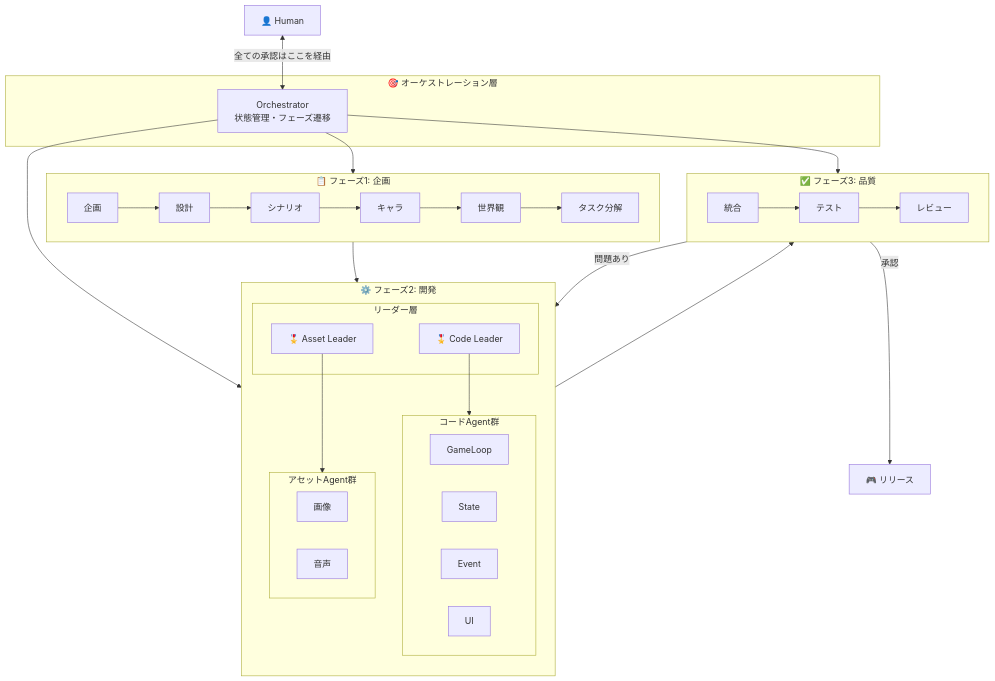
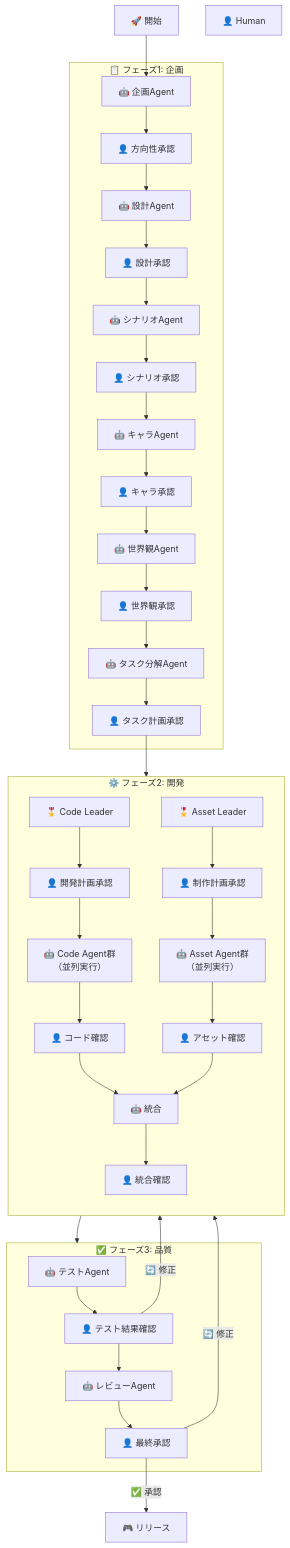
One commit to new-sankaku/toybox changed the first of 14 diagrams in langgraph/ARCHITECTURE.md. Above: the diagram before and after it, drawn with Mermaid. The commit also changed other lines of this file, not shown here.

Commit message:
Clarify Human intervention points in system overview
- Add detailed flowchart showing all 13 Human checkpoints
- Add Orchestrator position diagram explaining its role
- Add table listing all intervention points with what to confirm

````diff
--- a/langgraph/ARCHITECTURE.md
+++ b/langgraph/ARCHITECTURE.md
@@ -25,53 +27,57 @@
 ```mermaid
 flowchart TB
+    Start["🚀 開始"]
     Human["👤 Human"]
 
-    subgraph Orchestration["🎯 オーケストレーション層"]
-        Orch["Orchestrator<br/>状態管理・フェーズ遷移"]
+    Start --> P1
+
+    subgraph Phase1["📋 フェーズ1: 企画"]
+        P1["🤖 企画Agent"]
+        P1 --> H1["👤 方向性承認"]
+        H1 --> P2["🤖 設計Agent"]
+        P2 --> H2["👤 設計承認"]
+        H2 --> P3["🤖 シナリオAgent"]
+        P3 --> H3["👤 シナリオ承認"]
+        H3 --> P4["🤖 キャラAgent"]
+        P4 --> H4["👤 キャラ承認"]
+        H4 --> P5["🤖 世界観Agent"]
+        P5 --> H5["👤 世界観承認"]
+        H5 --> P6["🤖 タスク分解Agent"]
+        P6 --> H6["👤 タスク計画承認"]
     end
 
-    Human <-->|"全ての承認はここを経由"| Orch
-
-    Orch --> Phase1
-    Orch --> Phase2
-    Orch --> Phase3
-
-    subgraph Phase1["📋 フェーズ1: 企画"]
-        direction LR
-        P1["企画"] --> P2["設計"] --> P3["シナリオ"] --> P4["キャラ"] --> P5["世界観"] --> P6["タスク分解"]
-    end
+    H6 --> Phase2
 
     subgraph Phase2["⚙️ フェーズ2: 開発"]
         direction TB
+        CL["🎖️ Code Leader"]
+        AL["🎖️ Asset Leader"]
 
-        subgraph Leaders["リーダー層"]
-            CL["🎖️ Code Leader"]
-            AL["🎖️ Asset Leader"]
-        end
+        CL --> HCL["👤 開発計画承認"]
+        AL --> HAL["👤 制作計画承認"]
 
-        subgraph CodeAgents["コードAgent群"]
-            C1["GameLoop"]
-            C2["State"]
-            C3["Event"]
-            C4["UI"]
-        end
+        HCL --> CodeWork["🤖 Code Agent群<br/>（並列実行）"]
+        HAL --> AssetWork["🤖 Asset Agent群<br/>（並列実行）"]
 
-        subgraph AssetAgents["アセットAgent群"]
-            A1["画像"]
-            A2["音声"]
-        end
+        CodeWork --> HCode["👤 コード確認"]
+        AssetWork --> HAsset["👤 アセット確認"]
 
-        CL --> CodeAgents
-        AL --> AssetAgents
+        HCode --> Integration["🤖 統合"]
+        HAsset --> Integration
+
+        Integration --> HInt["👤 統合確認"]
     end
 
+    HInt --> Phase3
+
     subgraph Phase3["✅ フェーズ3: 品質"]
-        direction LR
-        Q1["統合"] --> Q2["テスト"] --> Q3["レビュー"]
+        T1["🤖 テストAgent"]
+        T1 --> HT["👤 テスト結果確認"]
+        HT --> R1["🤖 レビューAgent"]
+        R1 --> HFinal["👤 最終承認"]
     end
 
-    Phase1 --> Phase2
-    Phase2 --> Phase3
-    Phase3 -->|"問題あり"| Phase2
-    Phase3 -->|"承認"| Done["🎮 リリース"]
+    HFinal -->|"✅ 承認"| Done["🎮 リリース"]
+    HFinal -->|"🔄 修正"| Phase2
+    HT -->|"🔄 修正"| Phase2
 ```
````
